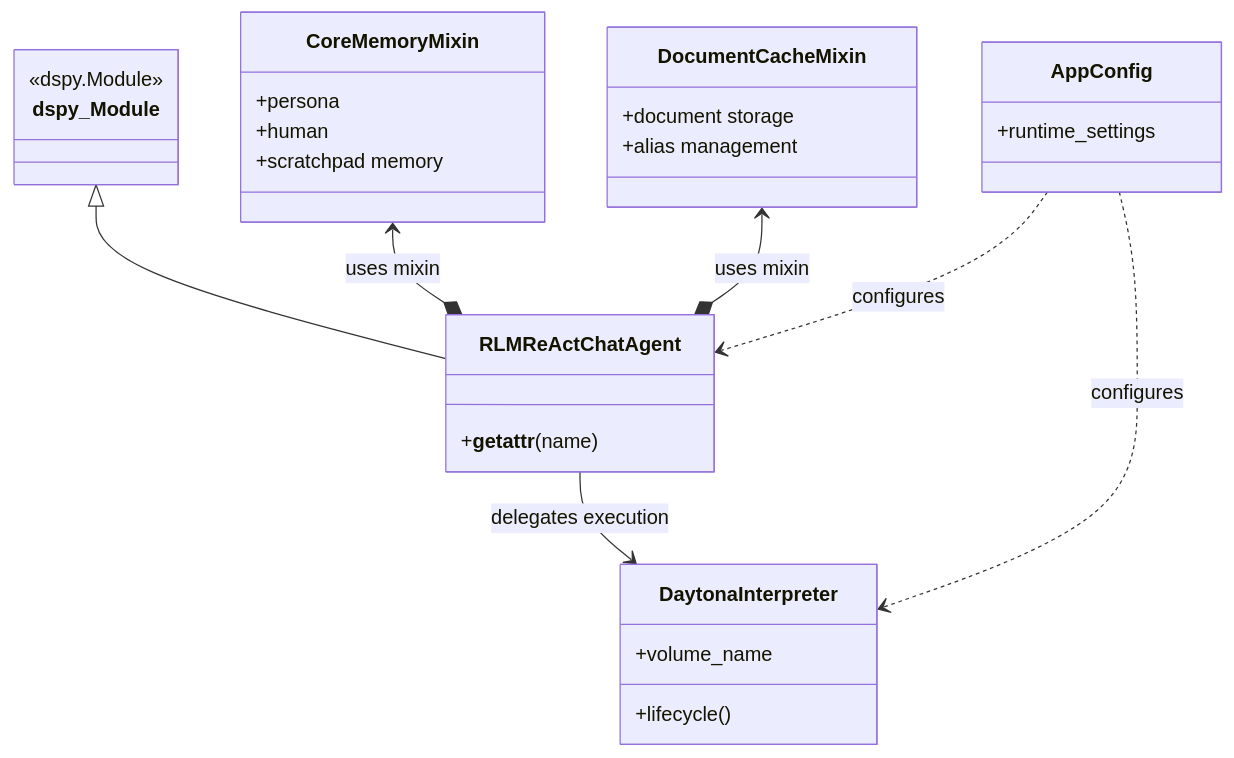
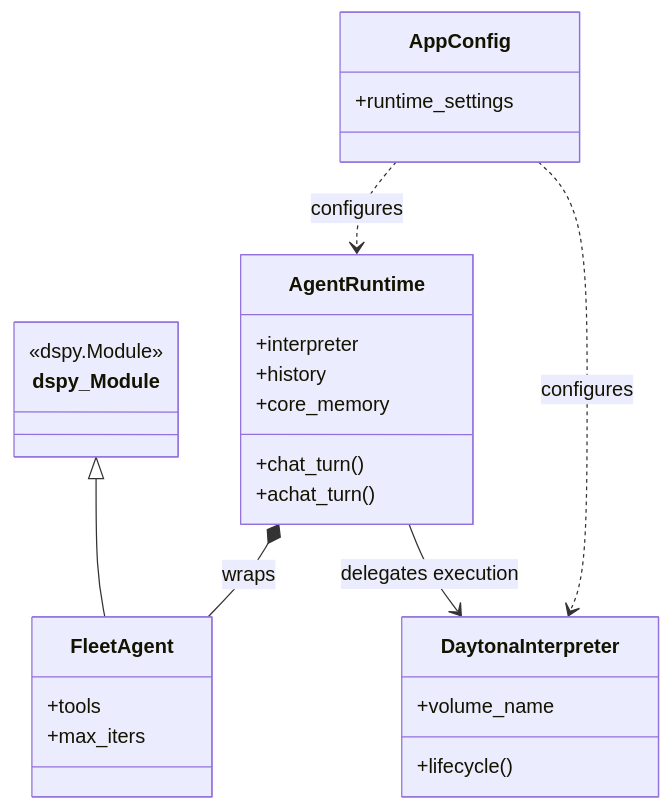
The diagram in docs/explanation/component-uml.md (Qredence/fleet-rlm), drawn with Mermaid before and after one commit. The commit also changed other lines of this file and 9 other files, not shown here.

Commit message:
refactor: rename RLMReActChatAgent to FleetAgent and update related documentation

````diff
--- a/docs/explanation/component-uml.md
+++ b/docs/explanation/component-uml.md
@@ -5,37 +5,34 @@
 ```mermaid
 classDiagram
     class dspy_Module {
         <<dspy.Module>>
     }
 
-    class RLMReActChatAgent {
-        +__getattr__(name)
+    class FleetAgent {
+        +tools
+        +max_iters
     }
 
-    class CoreMemoryMixin {
-        +persona
-        +human
-        +scratchpad memory
-    }
-
-    class DocumentCacheMixin {
-        +document storage
-        +alias management
+    class AgentRuntime {
+        +interpreter
+        +history
+        +core_memory
+        +chat_turn()
+        +achat_turn()
     }
 
     class DaytonaInterpreter {
         +volume_name
         +lifecycle()
     }
 
     class AppConfig {
         +runtime_settings
     }
 
-    dspy_Module <|-- RLMReActChatAgent
-    CoreMemoryMixin <--* RLMReActChatAgent : uses mixin
-    DocumentCacheMixin <--* RLMReActChatAgent : uses mixin
-    RLMReActChatAgent --> DaytonaInterpreter : delegates execution
-    AppConfig ..> RLMReActChatAgent : configures
+    dspy_Module <|-- FleetAgent
+    AgentRuntime *-- FleetAgent : wraps
+    AgentRuntime --> DaytonaInterpreter : delegates execution
+    AppConfig ..> AgentRuntime : configures
     AppConfig ..> DaytonaInterpreter : configures
 ```
````
